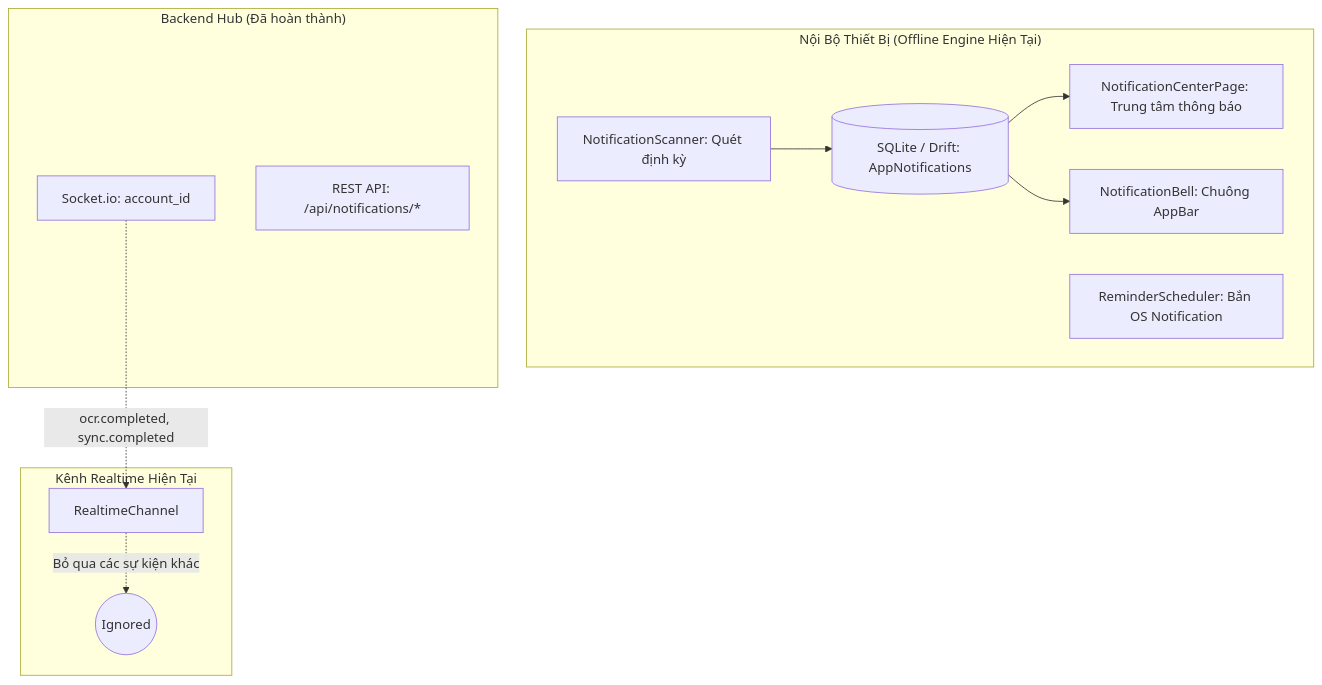
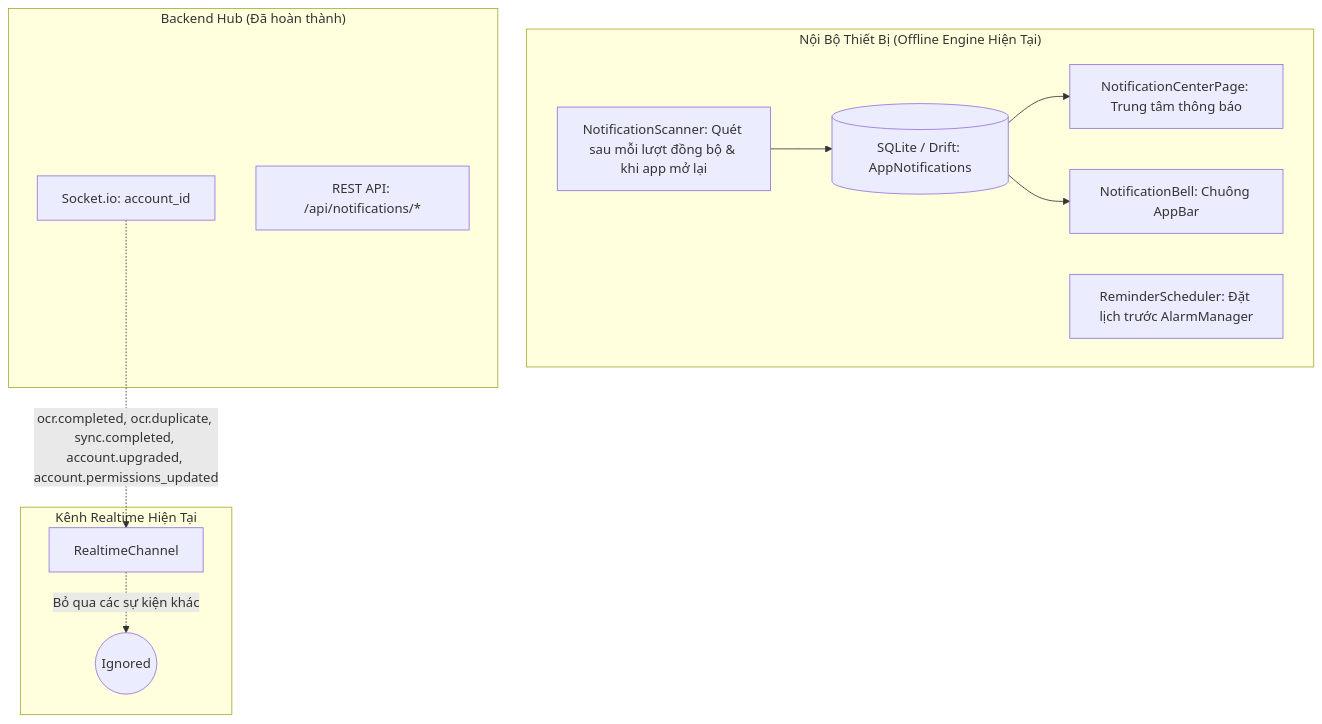
Before and after one commit to NguyenPhuBao/ManagementFinance: the first of 2 diagrams in docs/Notification/Notification_Client-app.md, drawn with Mermaid. The commit also changed other lines of this file and 37 other files, not shown here.

````diff
--- a/docs/Notification/Notification_Client-app.md
+++ b/docs/Notification/Notification_Client-app.md
@@ -13,20 +13,20 @@
 ```mermaid
 graph TD
     subgraph "Nội Bộ Thiết Bị (Offline Engine Hiện Tại)"
         DB[(SQLite / Drift: AppNotifications)]
-        Scan[NotificationScanner: Quét định kỳ] --> DB
-        Sched[ReminderScheduler: Bắn OS Notification]
+        Scan[NotificationScanner: Quét sau mỗi lượt đồng bộ & khi app mở lại] --> DB
+        Sched[ReminderScheduler: Đặt lịch trước AlarmManager]
         DB --> Feed[NotificationCenterPage: Trung tâm thông báo]
         DB --> Bell[NotificationBell: Chuông AppBar]
     end
 
     subgraph "Backend Hub (Đã hoàn thành)"
         Sock[Socket.io: account_id]
         API[REST API: /api/notifications/*]
     end
 
     subgraph "Kênh Realtime Hiện Tại"
-        Sock -.->|ocr.completed, sync.completed| RTChan[RealtimeChannel]
+        Sock -.->|ocr.completed, ocr.duplicate, sync.completed, account.upgraded, account.permissions_updated| RTChan[RealtimeChannel]
         RTChan -.->|Bỏ qua các sự kiện khác| Drop((Ignored))
     end
 ```
````
